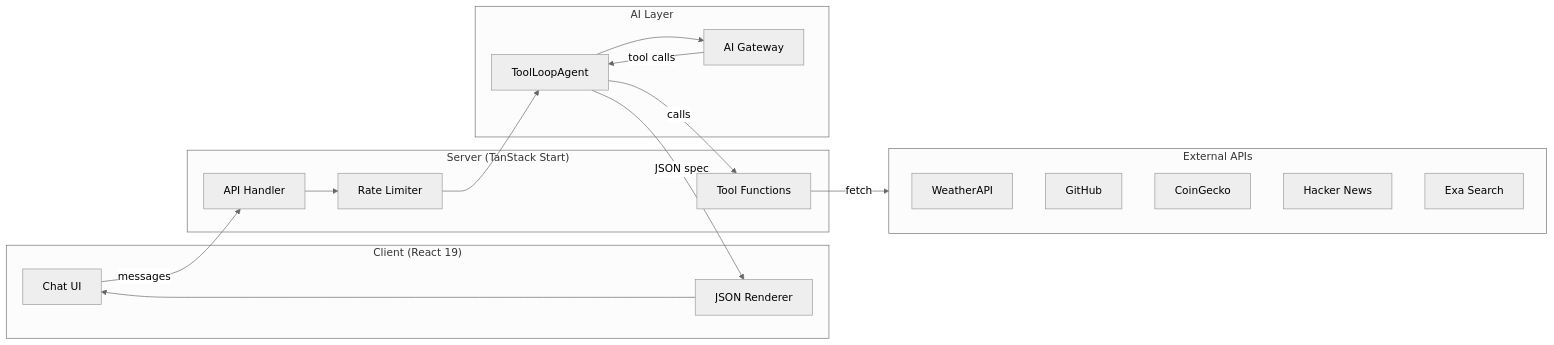
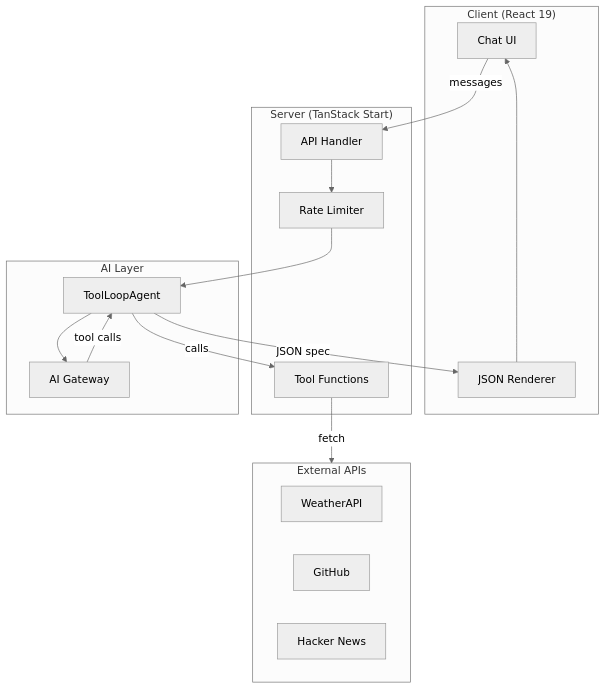
One commit to thaletto/thaletto changed the diagram in src/content/projects/kite/index.mdx. Above: the diagram before and after it, drawn with Mermaid (neutral theme). The commit also changed other lines of this file and 22 other files, not shown here.

````diff
--- a/src/content/projects/kite/index.mdx
+++ b/src/content/projects/kite/index.mdx
@@ -32,36 +32,34 @@
 ```mermaid
-flowchart LR
+flowchart TB
     subgraph Client["Client (React 19)"]
         UI[Chat UI]
         Renderer[JSON Renderer]
     end
 
     subgraph Server["Server (TanStack Start)"]
         API[API Handler]
         RateLimit[Rate Limiter]
         Tools[Tool Functions]
     end
 
     subgraph AI["AI Layer"]
         Agent[ToolLoopAgent]
         Gateway[AI Gateway]
     end
 
     subgraph External["External APIs"]
         Weather[WeatherAPI]
         GitHub[GitHub]
-        Crypto[CoinGecko]
         HN[Hacker News]
-        Search[Exa Search]
     end
 
     UI -->|messages| API
     API --> RateLimit
     RateLimit --> Agent
     Agent --> Gateway
     Gateway -->|tool calls| Agent
     Agent -->|calls| Tools
     Tools -->|fetch| External
     Agent -->|JSON spec| Renderer
     Renderer --> UI
 ```
````
